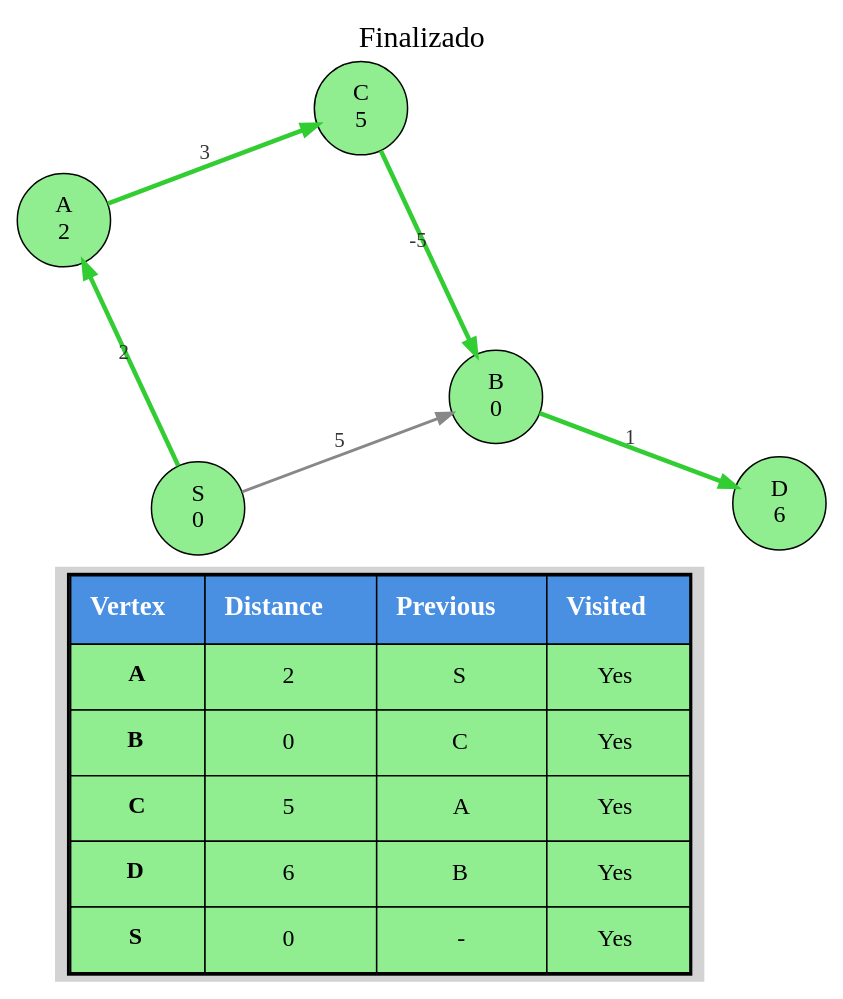
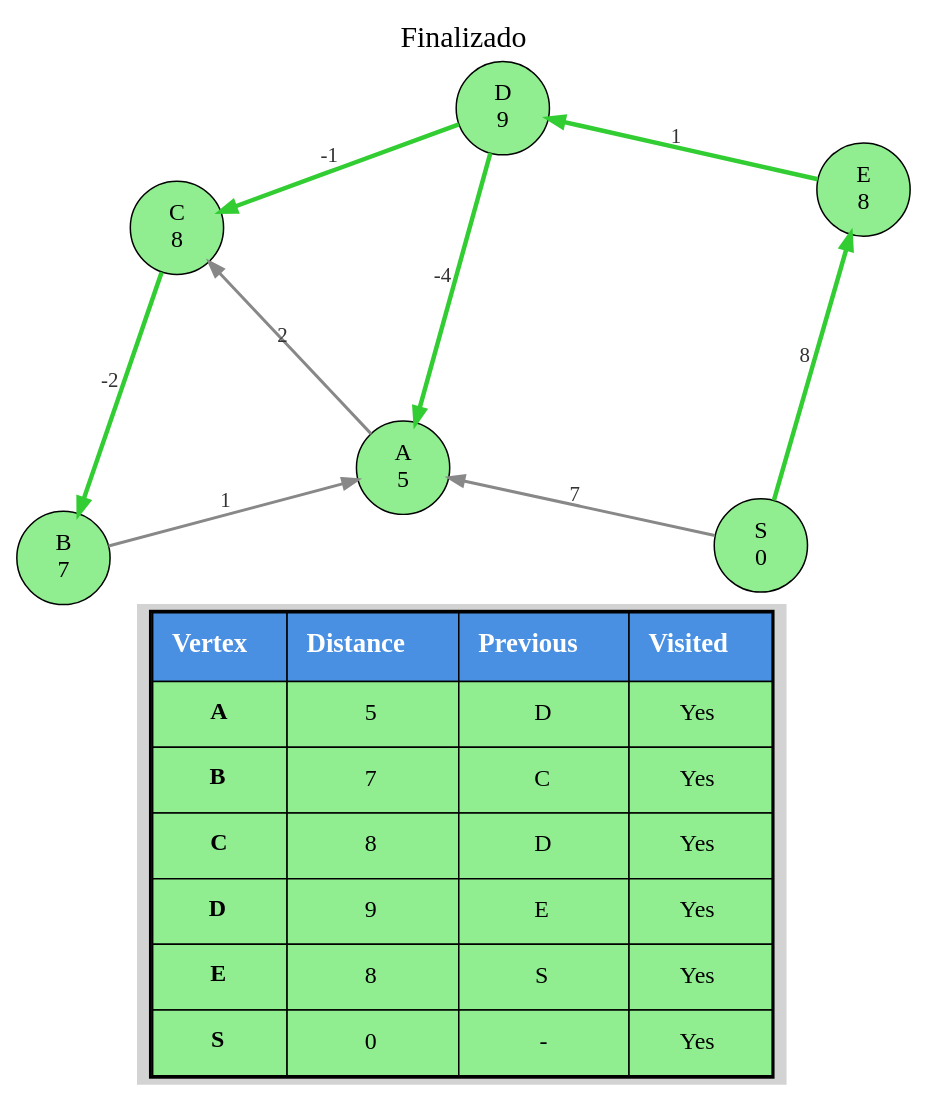
One commit to gucardona/bellman-ford changed the diagram in out/dijkstra.dot. Above: the diagram before and after it, drawn with Graphviz. The commit also changed 69 other files, not shown here.

```diff
--- a/out/dijkstra.dot
+++ b/out/dijkstra.dot
@@ -1,30 +1,35 @@
 digraph G {
   layout=neato;
   overlap=false;
   splines=true;
   node [shape=circle, style=filled, fontsize=16, width=0.8, height=0.8];
   edge [fontsize=14, fontcolor="#333333", dir=forward];
   labelloc="t";
   label="Finalizado";
   fontsize=20;
   fontname="Arial Bold";
 
   "S" [fillcolor="#90EE90", label="S
-0", pos="1.510200,2.250000!"];
+0", pos="5.854700,2.348040!"];
   "A" [fillcolor="#90EE90", label="A
-2", pos="0.375000,4.687600!"];
+5", pos="3.043500,2.958670!"];
+  "E" [fillcolor="#90EE90", label="E
+8", pos="6.661200,5.144800!"];
+  "C" [fillcolor="#90EE90", label="C
+8", pos="1.266800,4.844000!"];
   "B" [fillcolor="#90EE90", label="B
-0", pos="4.030600,3.193300!"];
-  "C" [fillcolor="#90EE90", label="C
-5", pos="2.888400,5.635400!"];
+7", pos="0.375000,2.250000!"];
   "D" [fillcolor="#90EE90", label="D
-6", pos="6.429300,2.291830!"];
+9", pos="3.827100,5.783500!"];
 
-  "S" -> "A" [label="2", color="#32CD32", penwidth=3];
-  "S" -> "B" [label="5", color="#888888", penwidth=2];
-  "A" -> "C" [label="3", color="#32CD32", penwidth=3];
-  "C" -> "B" [label="-5", color="#32CD32", penwidth=3];
-  "B" -> "D" [label="1", color="#32CD32", penwidth=3];
+  "S" -> "A" [label="7", color="#888888", penwidth=2];
+  "S" -> "E" [label="8", color="#32CD32", penwidth=3];
+  "A" -> "C" [label="2", color="#888888", penwidth=2];
+  "B" -> "A" [label="1", color="#888888", penwidth=2];
+  "C" -> "B" [label="-2", color="#32CD32", penwidth=3];
+  "D" -> "A" [label="-4", color="#32CD32", penwidth=3];
+  "D" -> "C" [label="-1", color="#32CD32", penwidth=3];
+  "E" -> "D" [label="1", color="#32CD32", penwidth=3];
 
-  table [shape=plaintext, label=<<TABLE BORDER="2" CELLBORDER="1" CELLSPACING="0" CELLPADDING="12" BGCOLOR="white"><TR><TD BGCOLOR="#4A90E2"><FONT COLOR="white" POINT-SIZE="18"><B>Vertex</B></FONT></TD><TD BGCOLOR="#4A90E2"><FONT COLOR="white" POINT-SIZE="18"><B>Distance</B></FONT></TD><TD BGCOLOR="#4A90E2"><FONT COLOR="white" POINT-SIZE="18"><B>Previous</B></FONT></TD><TD BGCOLOR="#4A90E2"><FONT COLOR="white" POINT-SIZE="18"><B>Visited</B></FONT></TD></TR><TR><TD BGCOLOR="#90EE90"><FONT POINT-SIZE="16"><B>A</B></FONT></TD><TD BGCOLOR="#90EE90"><FONT POINT-SIZE="16">2</FONT></TD><TD BGCOLOR="#90EE90"><FONT POINT-SIZE="16">S</FONT></TD><TD BGCOLOR="#90EE90"><FONT POINT-SIZE="16">Yes</FONT></TD></TR><TR><TD BGCOLOR="#90EE90"><FONT POINT-SIZE="16"><B>B</B></FONT></TD><TD BGCOLOR="#90EE90"><FONT POINT-SIZE="16">0</FONT></TD><TD BGCOLOR="#90EE90"><FONT POINT-SIZE="16">C</FONT></TD><TD BGCOLOR="#90EE90"><FONT POINT-SIZE="16">Yes</FONT></TD></TR><TR><TD BGCOLOR="#90EE90"><FONT POINT-SIZE="16"><B>C</B></FONT></TD><TD BGCOLOR="#90EE90"><FONT POINT-SIZE="16">5</FONT></TD><TD BGCOLOR="#90EE90"><FONT POINT-SIZE="16">A</FONT></TD><TD BGCOLOR="#90EE90"><FONT POINT-SIZE="16">Yes</FONT></TD></TR><TR><TD BGCOLOR="#90EE90"><FONT POINT-SIZE="16"><B>D</B></FONT></TD><TD BGCOLOR="#90EE90"><FONT POINT-SIZE="16">6</FONT></TD><TD BGCOLOR="#90EE90"><FONT POINT-SIZE="16">B</FONT></TD><TD BGCOLOR="#90EE90"><FONT POINT-SIZE="16">Yes</FONT></TD></TR><TR><TD BGCOLOR="#90EE90"><FONT POINT-SIZE="16"><B>S</B></FONT></TD><TD BGCOLOR="#90EE90"><FONT POINT-SIZE="16">0</FONT></TD><TD BGCOLOR="#90EE90"><FONT POINT-SIZE="16">-</FONT></TD><TD BGCOLOR="#90EE90"><FONT POINT-SIZE="16">Yes</FONT></TD></TR></TABLE>>, pos="3.046700,0.000000!"];
+  table [shape=plaintext, label=<<TABLE BORDER="2" CELLBORDER="1" CELLSPACING="0" CELLPADDING="12" BGCOLOR="white"><TR><TD BGCOLOR="#4A90E2"><FONT COLOR="white" POINT-SIZE="18"><B>Vertex</B></FONT></TD><TD BGCOLOR="#4A90E2"><FONT COLOR="white" POINT-SIZE="18"><B>Distance</B></FONT></TD><TD BGCOLOR="#4A90E2"><FONT COLOR="white" POINT-SIZE="18"><B>Previous</B></FONT></TD><TD BGCOLOR="#4A90E2"><FONT COLOR="white" POINT-SIZE="18"><B>Visited</B></FONT></TD></TR><TR><TD BGCOLOR="#90EE90"><FONT POINT-SIZE="16"><B>A</B></FONT></TD><TD BGCOLOR="#90EE90"><FONT POINT-SIZE="16">5</FONT></TD><TD BGCOLOR="#90EE90"><FONT POINT-SIZE="16">D</FONT></TD><TD BGCOLOR="#90EE90"><FONT POINT-SIZE="16">Yes</FONT></TD></TR><TR><TD BGCOLOR="#90EE90"><FONT POINT-SIZE="16"><B>B</B></FONT></TD><TD BGCOLOR="#90EE90"><FONT POINT-SIZE="16">7</FONT></TD><TD BGCOLOR="#90EE90"><FONT POINT-SIZE="16">C</FONT></TD><TD BGCOLOR="#90EE90"><FONT POINT-SIZE="16">Yes</FONT></TD></TR><TR><TD BGCOLOR="#90EE90"><FONT POINT-SIZE="16"><B>C</B></FONT></TD><TD BGCOLOR="#90EE90"><FONT POINT-SIZE="16">8</FONT></TD><TD BGCOLOR="#90EE90"><FONT POINT-SIZE="16">D</FONT></TD><TD BGCOLOR="#90EE90"><FONT POINT-SIZE="16">Yes</FONT></TD></TR><TR><TD BGCOLOR="#90EE90"><FONT POINT-SIZE="16"><B>D</B></FONT></TD><TD BGCOLOR="#90EE90"><FONT POINT-SIZE="16">9</FONT></TD><TD BGCOLOR="#90EE90"><FONT POINT-SIZE="16">E</FONT></TD><TD BGCOLOR="#90EE90"><FONT POINT-SIZE="16">Yes</FONT></TD></TR><TR><TD BGCOLOR="#90EE90"><FONT POINT-SIZE="16"><B>E</B></FONT></TD><TD BGCOLOR="#90EE90"><FONT POINT-SIZE="16">8</FONT></TD><TD BGCOLOR="#90EE90"><FONT POINT-SIZE="16">S</FONT></TD><TD BGCOLOR="#90EE90"><FONT POINT-SIZE="16">Yes</FONT></TD></TR><TR><TD BGCOLOR="#90EE90"><FONT POINT-SIZE="16"><B>S</B></FONT></TD><TD BGCOLOR="#90EE90"><FONT POINT-SIZE="16">0</FONT></TD><TD BGCOLOR="#90EE90"><FONT POINT-SIZE="16">-</FONT></TD><TD BGCOLOR="#90EE90"><FONT POINT-SIZE="16">Yes</FONT></TD></TR></TABLE>>, pos="3.504717,0.000000!"];
 }
```
